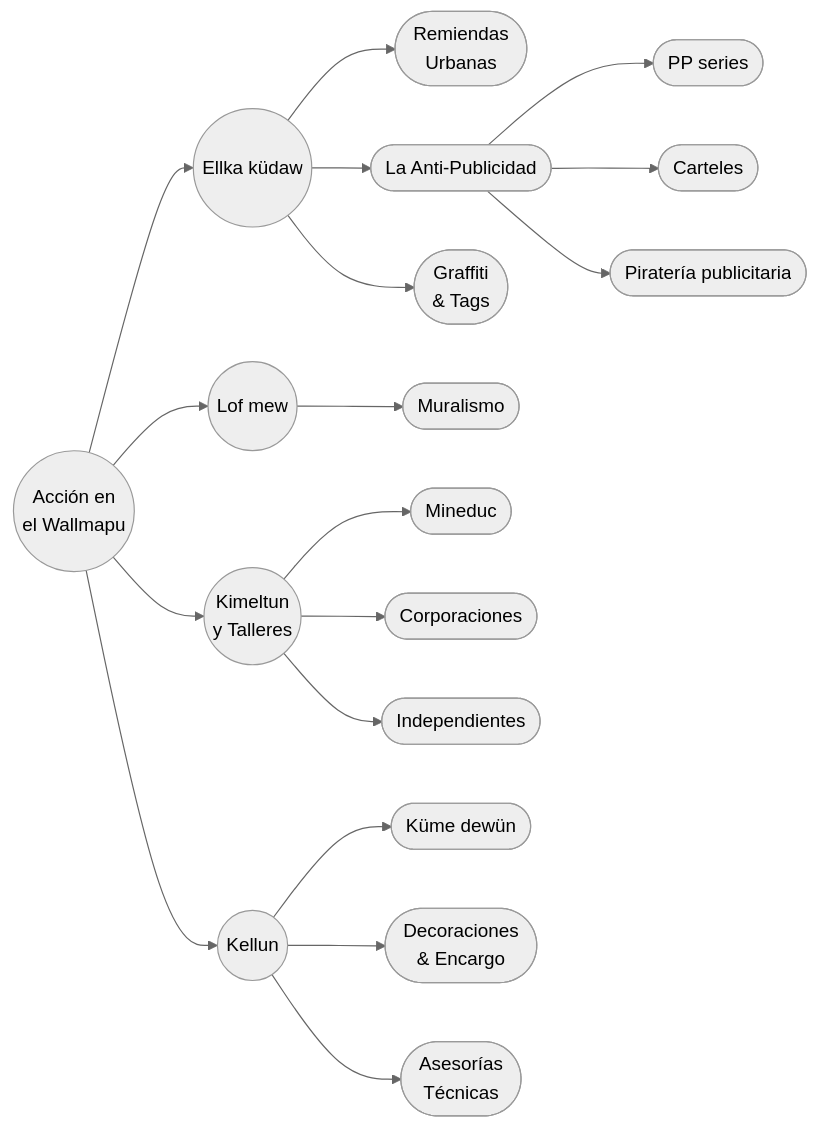
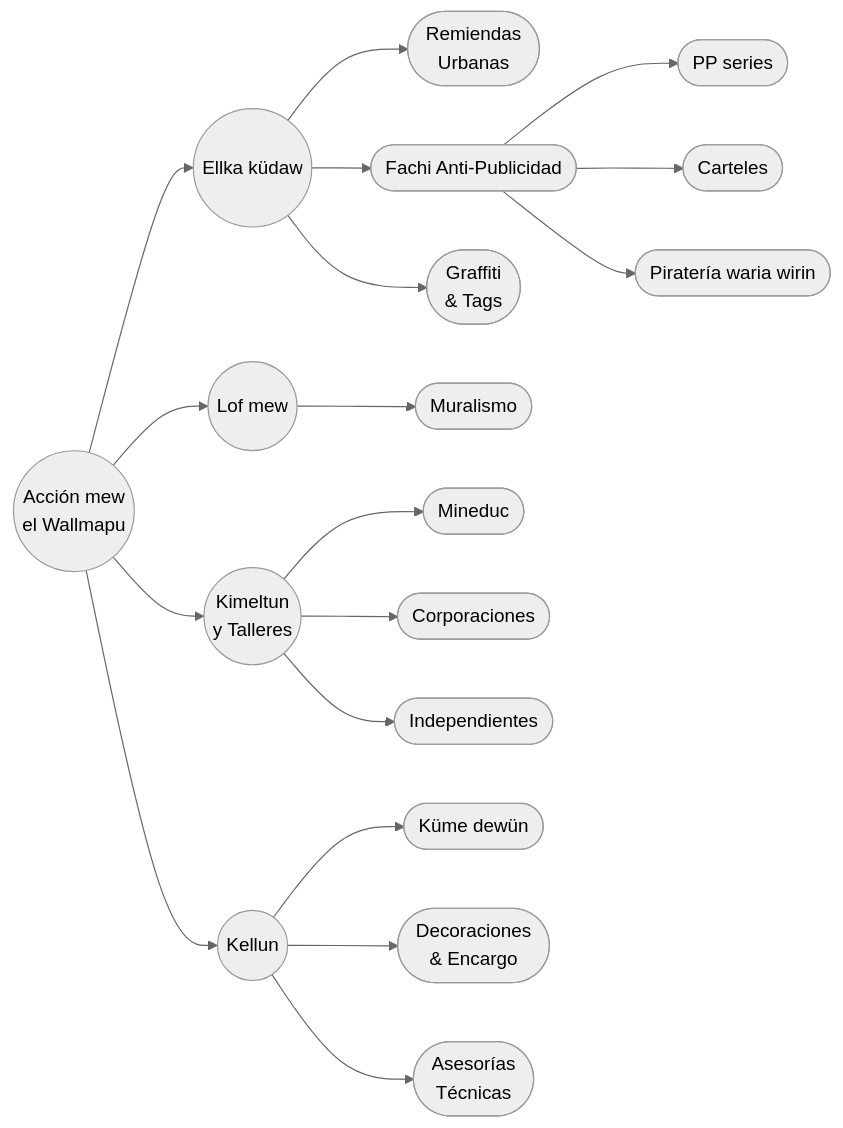
One commit to EGGS-Artesvisuales/EGGS-Artesvisuales.github.io changed the second of 3 diagrams in MPD/diagrama.md. Above: the diagram before and after it, drawn with Mermaid (neutral theme). The commit also changed other lines of this file and 41 other files, not shown here.

```diff
--- a/MPD/diagrama.md
+++ b/MPD/diagrama.md
@@ -139,49 +139,49 @@
 <div class="mermaid">
 graph LR
-  B((Acción en\nel Wallmapu)) --> B1((Ellka küdaw))
+  B((Acción mew\nel Wallmapu)) --> B1((Ellka küdaw))
   B1 --> B1a([Remiendas\nUrbanas])
-  B1 --> B1b([La Anti-Publicidad])
+  B1 --> B1b([Fachi Anti-Publicidad])
   B1 --> B1c([Graffiti\n& Tags])
 
-  %% HIJOS: La Anti-Publicidad (nuevos)
+  %% HIJOS: Fachi Anti-Publicidad (we pu)
   B1b --> B1b1([PP series])
   B1b --> B1b2([Carteles])
-  B1b --> B1b3([Piratería publicitaria])
+  B1b --> B1b3([Piratería waria wirin])
 
   B --> B2((Lof mew))
   B2 --> B2a([Muralismo])
 
   B --> B3((Kimeltun\ny Talleres))
   B3 --> B3a([Mineduc])
   B3 --> B3b([Corporaciones])
   B3 --> B3c([Independientes])
 
   B --> B4((Kellun))
   B4 --> B4a([Küme dewün])
   B4 --> B4b([Decoraciones\n& Encargo])
   B4 --> B4c([Asesorías\nTécnicas])
 
   %% Enlaces (existentes)
   click B "accion.html" "Amun: Mapu mew Küdaw"
   click B1 "subrepticio.html" "Amun: Ellka küdaw"
-  click B1a "subrep-remiendas-urbanas.html" "Amun: Remiendas Urbanas"
-  click B1b "subrep-antipublicidad.html" "Amun: La Anti-Publicidad"
+  click B1a "subrep-remiendas-waria mew.html" "Amun: Remiendas Urbanas"
+  click B1b "subrep-antipublicidad.html" "Amun: Fachi Anti-Publicidad"
   click B2 "lof mew.html" "Amun: Lof mew"
-  click B3 "docencia.html" "Amun: Kimeltun ka Talleres"
+  click B3 "kimeltun.html" "Amun: Kimeltun ka Talleres"
   click B4 "servicios.html" "Amun: Kellun"
 
-  %% Enlaces (no existentes aún -> en construcción)
-  click B1c "en-construccion.html" "Dewmangen mew"
-  click B2a "en-construccion.html" "Dewmangen mew"
-  click B3a "en-construccion.html" "Dewmangen mew"
-  click B3b "en-construccion.html" "Dewmangen mew"
-  click B3c "en-construccion.html" "Dewmangen mew"
-  click B4a "en-construccion.html" "Dewmangen mew"
-  click B4b "en-construccion.html" "Dewmangen mew"
-  click B4c "en-construccion.html" "Dewmangen mew"
+  %% Enlaces (no existentes aún -> mew construcción)
+  click B1c "mew-construccion.html" "Dewmangen mew"
+  click B2a "mew-construccion.html" "Dewmangen mew"
+  click B3a "mew-construccion.html" "Dewmangen mew"
+  click B3b "mew-construccion.html" "Dewmangen mew"
+  click B3c "mew-construccion.html" "Dewmangen mew"
+  click B4a "mew-construccion.html" "Dewmangen mew"
+  click B4b "mew-construccion.html" "Dewmangen mew"
+  click B4c "mew-construccion.html" "Dewmangen mew"
 
-  %% Enlaces (nuevos hijos -> en construcción)
-  click B1b1 "en-construccion.html" "Dewmangen mew"
-  click B1b2 "en-construccion.html" "Dewmangen mew"
-  click B1b3 "en-construccion.html" "Dewmangen mew"
+  %% Enlaces (we pu hijos -> mew construcción)
+  click B1b1 "mew-construccion.html" "Dewmangen mew"
+  click B1b2 "mew-construccion.html" "Dewmangen mew"
+  click B1b3 "mew-construccion.html" "Dewmangen mew"
 </div>
```
